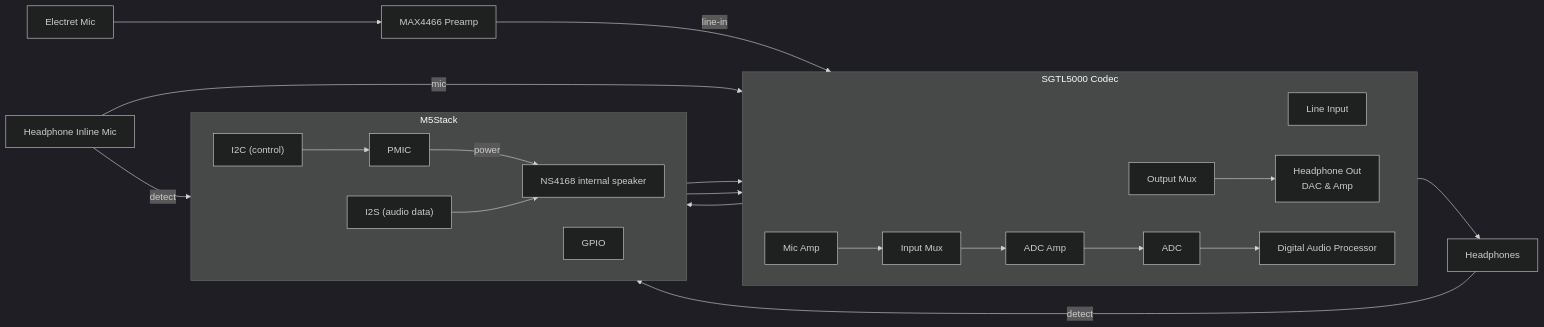
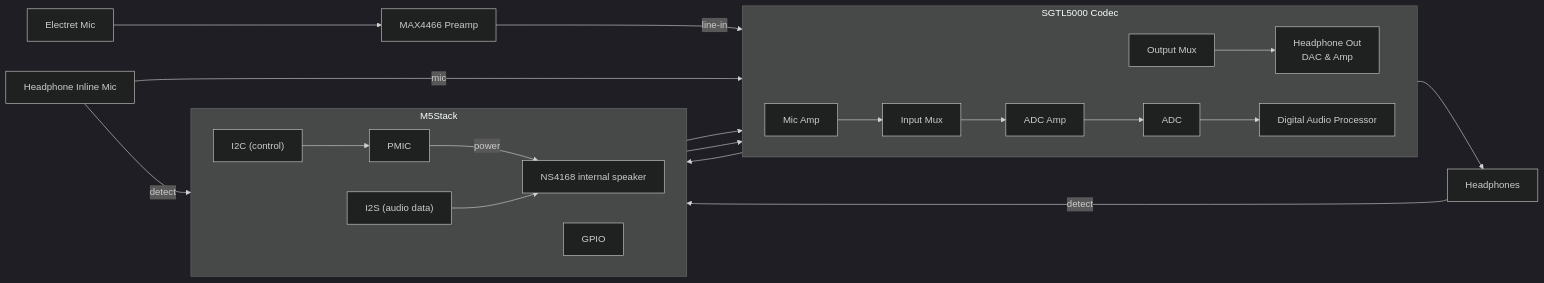
One commit to frank26080115/The-Fly changed the third of 3 diagrams in developer-docs/audio-pipeline.md. Above: the diagram before and after it, drawn with Mermaid (dark theme).

````diff
--- a/developer-docs/audio-pipeline.md
+++ b/developer-docs/audio-pipeline.md
@@ -77,48 +77,47 @@
 ```mermaid
 flowchart LR
     mic["Electret Mic"]
     hp["Headphones"]
     hp_mic["Headphone Inline Mic"]
     max4466["MAX4466 Preamp"]
 
     subgraph sgtl5000["SGTL5000 Codec"]
         direction LR
-        line_in["Line Input"]
         mic_amp["Mic Amp"]
         adc_amp["ADC Amp"]
         adc["ADC"]
         dap["Digital Audio Processor"]
         mux_in["Input Mux"]
         headphone_out["Headphone Out<br/>DAC & Amp"]
         switch_out["Output Mux"]
 
         switch_out --> headphone_out
         mic_amp --> mux_in
         mux_in --> adc_amp
         adc_amp --> adc
         adc --> dap
     end
 
     subgraph m5stack["M5Stack"]
         direction LR
         i2s["I2S (audio data)"]
         i2c["I2C (control)"]
         gpio["GPIO"]
         ns4168["NS4168 internal speaker"]
         pmic["PMIC"]
 
         i2c --> pmic
         pmic --power--> ns4168
         i2s --> ns4168
     end
 
     dap --> i2s
     i2s --> switch_out
     mic --> max4466
     max4466 --line-in--> mux_in
     headphone_out --> hp
     hp_mic --mic--> mic_amp
     i2c --> sgtl5000
     hp_mic --detect--> gpio
     hp --detect--> gpio
 ```
````
